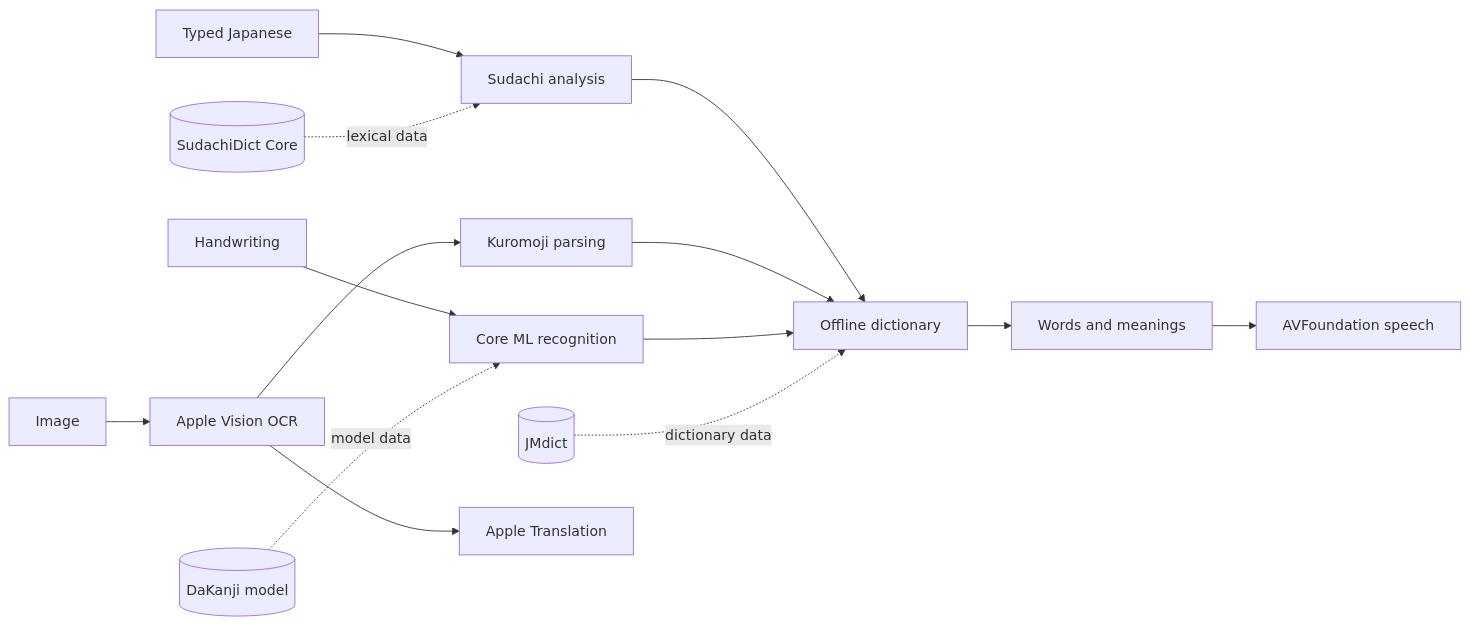
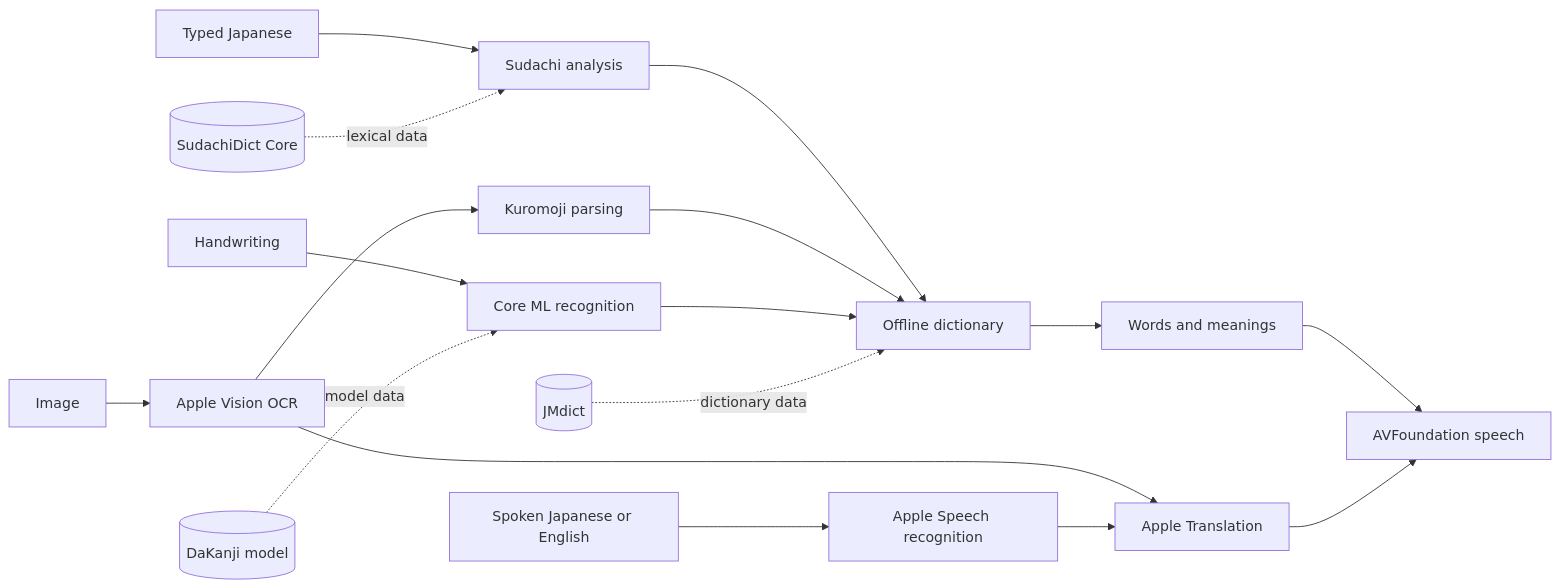
One commit to serpcompany/zenbujapanese-monorepo changed the diagram in docs/technologies.md. Above: the diagram before and after it, drawn with Mermaid. The commit also changed other lines of this file and 33 other files, not shown here.

````diff
--- a/docs/technologies.md
+++ b/docs/technologies.md
@@ -17,19 +17,22 @@
 ```mermaid
 flowchart LR
     Text["Typed Japanese"] --> Sudachi["Sudachi analysis"]
     Image["Image"] --> Vision["Apple Vision OCR"]
     Vision --> Kuromoji["Kuromoji parsing"]
     Drawing["Handwriting"] --> CoreML["Core ML recognition"]
 
     Sudachi --> Dictionary["Offline dictionary"]
     Kuromoji --> Dictionary
     CoreML --> Dictionary
 
     SudachiDict[("SudachiDict Core")] -. lexical data .-> Sudachi
     JMdict[("JMdict")] -. dictionary data .-> Dictionary
     DaKanji[("DaKanji model")] -. model data .-> CoreML
 
     Dictionary --> Results["Words and meanings"]
     Vision --> Translation["Apple Translation"]
     Results --> Speech["AVFoundation speech"]
+    Voice["Spoken Japanese or English"] --> Recognition["Apple Speech recognition"]
+    Recognition --> Translation
+    Translation --> Speech
 ```
````
